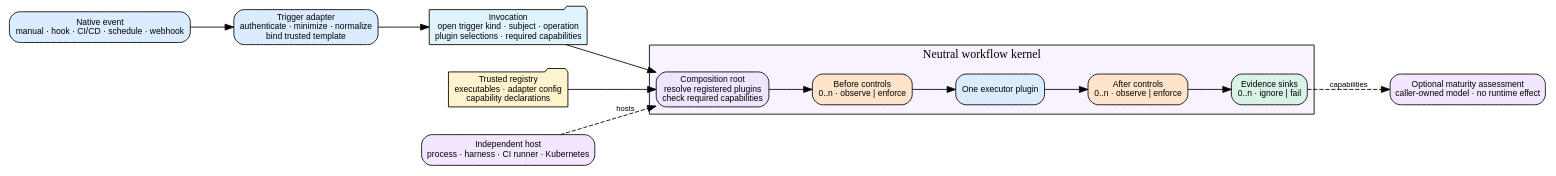
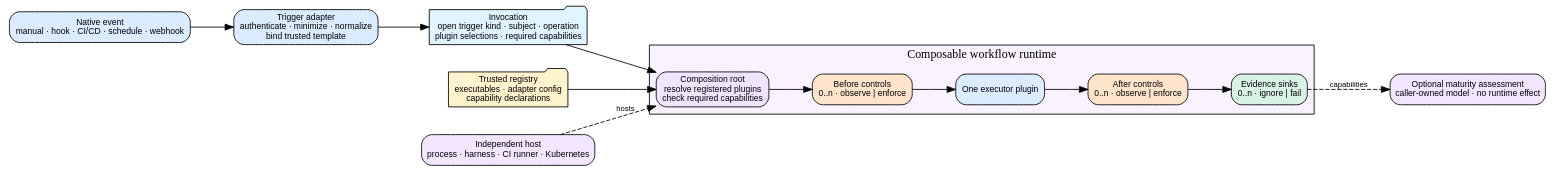
Before and after one commit to xonovex/platform: the diagram in packages/diagram/diagram-agent-workflow/workflow-diagram.dot, drawn with Graphviz. The commit also changed 274 other files, not shown here.

```diff
--- a/packages/diagram/diagram-agent-workflow/workflow-diagram.dot
+++ b/packages/diagram/diagram-agent-workflow/workflow-diagram.dot
@@ -1,37 +1,37 @@
 digraph ComposableWorkflow {
   rankdir=LR;
   compound=true;
   newrank=true;
   nodesep=0.45;
   ranksep=0.7;
 
   node [shape=box, style="rounded,filled", fontname="Arial", fontsize=10];
   edge [fontname="Arial", fontsize=9];
 
   native [label="Native event\nmanual · hook · CI/CD · schedule · webhook", fillcolor="#dcecff"];
   adapter [label="Trigger adapter\nauthenticate · minimize · normalize\nbind trusted template", fillcolor="#dcecff"];
   invocation [label="Invocation\nopen trigger kind · subject · operation\nplugin selections · required capabilities", shape=folder, fillcolor="#dff4ff"];
 
   subgraph cluster_kernel {
-    label="Neutral workflow kernel";
+    label="Composable workflow runtime";
     style=filled;
     fillcolor="#f8f3ff";
 
     resolve [label="Composition root\nresolve registered plugins\ncheck required capabilities", fillcolor="#efe5ff"];
     before [label="Before controls\n0..n · observe | enforce", fillcolor="#ffe4cc"];
     execute [label="One executor plugin", fillcolor="#dcecff"];
     after [label="After controls\n0..n · observe | enforce", fillcolor="#ffe4cc"];
     sinks [label="Evidence sinks\n0..n · ignore | fail", fillcolor="#d9f2e6"];
 
     resolve -> before -> execute -> after -> sinks;
   }
 
   registry [label="Trusted registry\nexecutables · adapter config\ncapability declarations", shape=folder, fillcolor="#fff3cd"];
   host [label="Independent host\nprocess · harness · CI runner · Kubernetes", fillcolor="#f3e6ff"];
   maturity [label="Optional maturity assessment\ncaller-owned model · no runtime effect", fillcolor="#f3e6ff"];
 
   native -> adapter -> invocation -> resolve;
   registry -> resolve;
   host -> resolve [style=dashed, label="hosts"];
   sinks -> maturity [style=dashed, label="capabilities"];
 }
```
